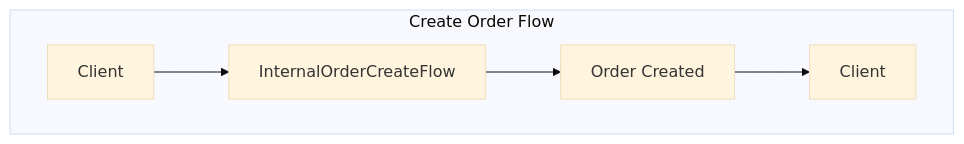
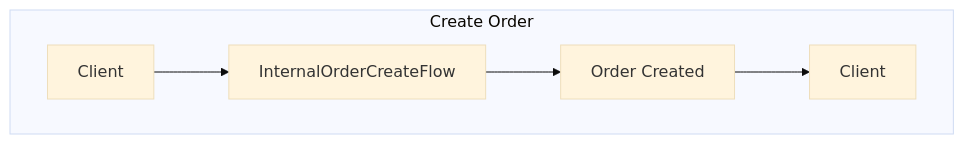
Before and after one commit to ahmedelsherif-osama/publisher-erp: the first of 8 diagrams in src/docs/orderflow.md, drawn with Mermaid (base theme). The commit also changed other lines of this file and 1 other file, not shown here.

Commit message:
docs: simplify auth and order flow diagrams by removing "Flow" from graph titles

````diff
--- a/src/docs/orderflow.md
+++ b/src/docs/orderflow.md
@@ -5,8 +5,8 @@
     ```mermaid
    graph TD;
-    subgraph "Create Order Flow"
+    subgraph "Create Order"
         A[Client] --> B[InternalOrderCreateFlow]
         B --> C[Order Created]
         C --> D[Client]
     end
     ```
````
